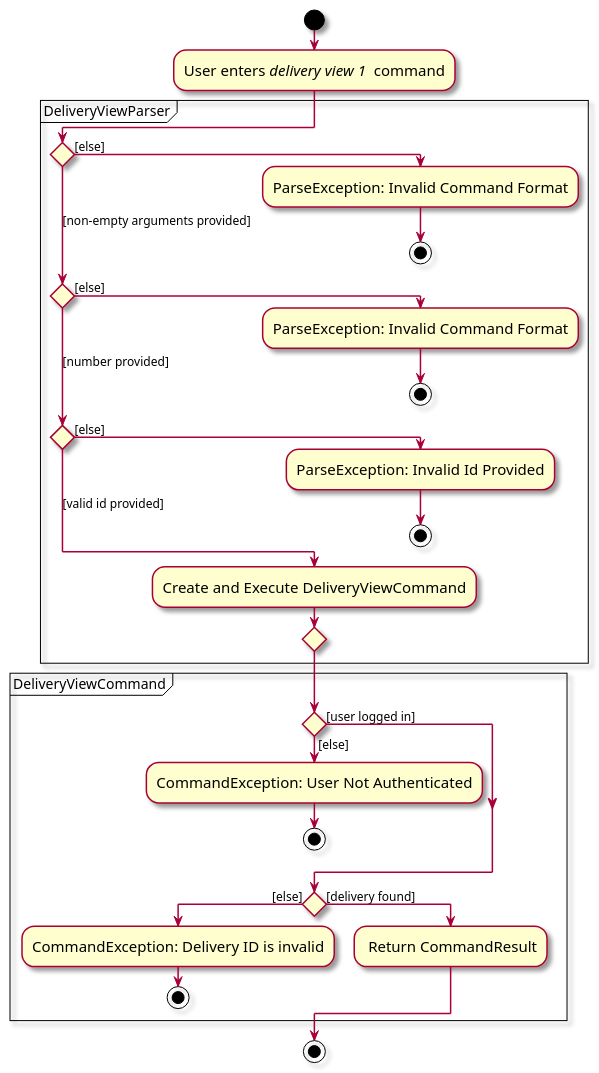
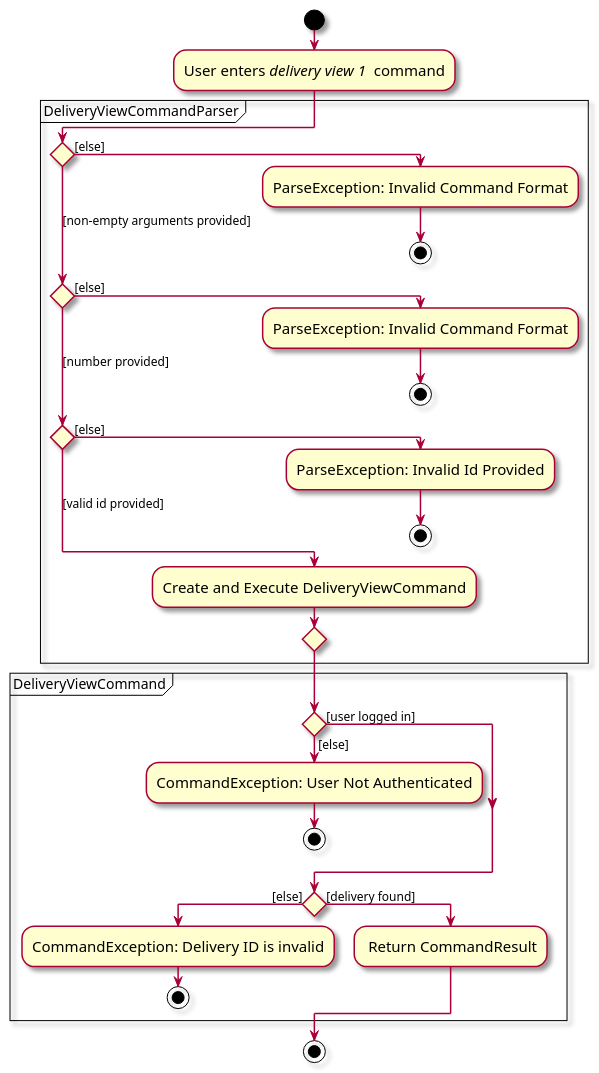
The diagram in docs/diagrams/implementation/delivery/DeliveryViewActivityDiagram.puml (zhonghan721/tp), drawn with PlantUML before and after one commit. The commit also changed 1 other file, not shown here.

Commit message:
Update parser name

```diff
--- a/docs/diagrams/implementation/delivery/DeliveryViewActivityDiagram.puml
+++ b/docs/diagrams/implementation/delivery/DeliveryViewActivityDiagram.puml
@@ -1,40 +1,40 @@
 @startuml
 skin rose
 skinparam ActivityFontSize 15
 skinparam ArrowFontSize 12
 
 !pragma useVerticalIf on
 start
 :User enters <i>delivery view 1 </i> command;
-partition DeliveryViewParser {
+partition DeliveryViewCommandParser {
     if () then ([else])
         :ParseException: Invalid Command Format;
         stop
     ([non-empty arguments provided]) elseif () then ([else])
         :ParseException: Invalid Command Format;
         stop
     ([number provided]) elseif () then ([else])
         :ParseException: Invalid Id Provided;
         stop
     else ([valid id provided])
         :Create and Execute DeliveryViewCommand;
         endif
 }
 
 partition DeliveryViewCommand {
     if () then ([else])
         :CommandException: User Not Authenticated;
         stop
         else ([user logged in])
     endif
     if () then ([else])
         :CommandException: Delivery ID is invalid;
         stop
     else ([delivery found])
         : Return CommandResult;
     endif
 }
 
 stop
 
 @enduml
```
